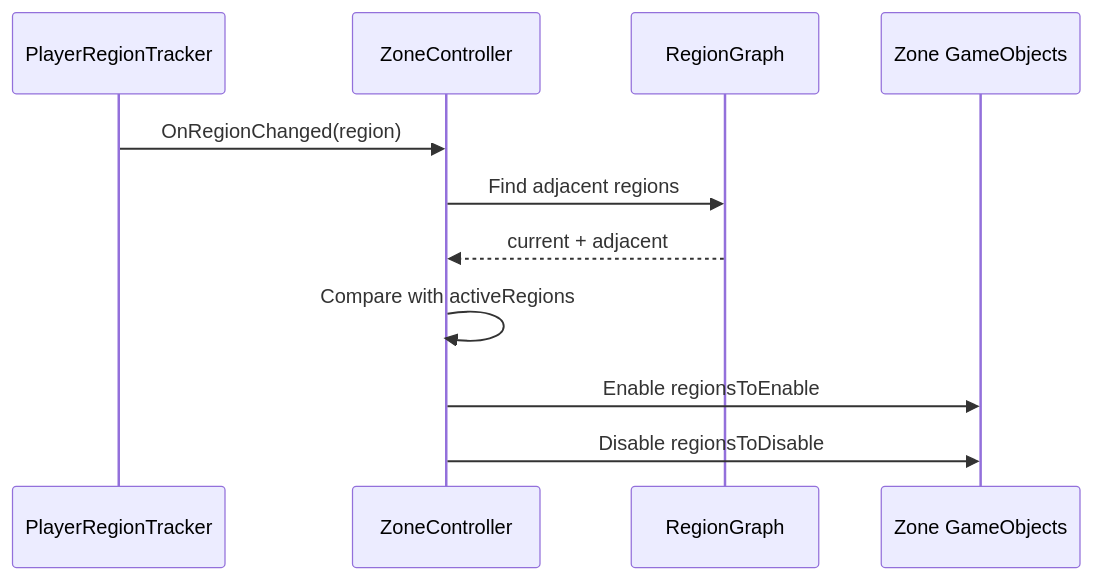
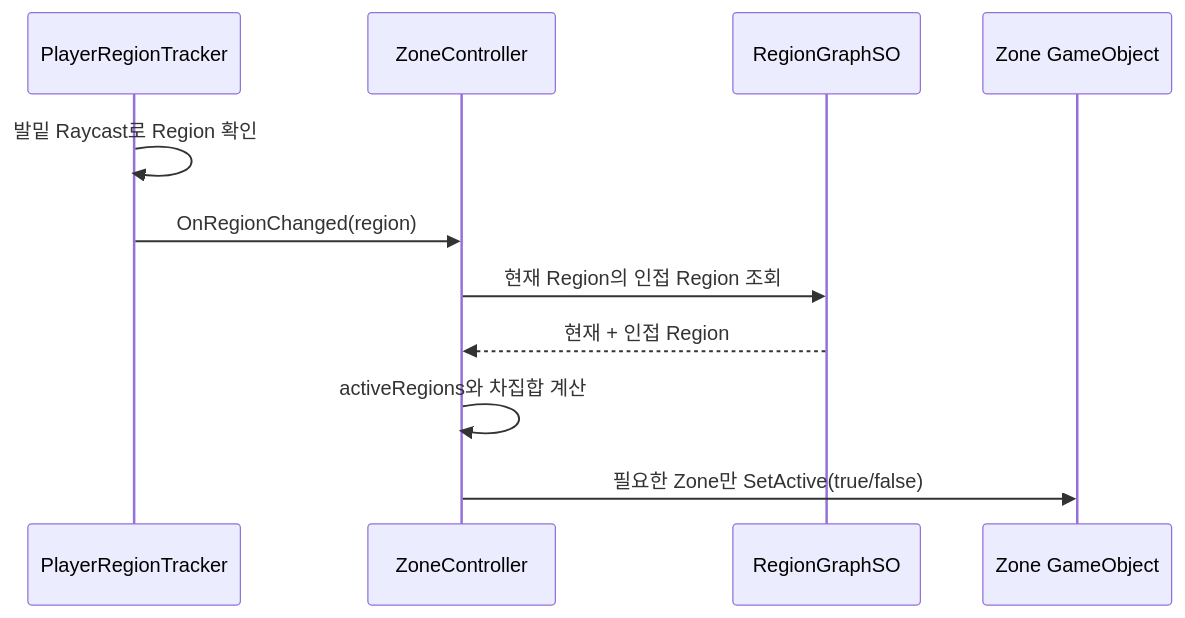
One commit to SJ97p/EscapeFromEternalReturn-CodeMap changed the diagram in docs/systems/zone-culling.md. Above: the diagram before and after it, drawn with Mermaid. The commit also changed other lines of this file and 4 other files, not shown here.

````diff
--- a/docs/systems/zone-culling.md
+++ b/docs/systems/zone-culling.md
@@ -13,14 +15,14 @@
 ```mermaid
 sequenceDiagram
     participant Player as PlayerRegionTracker
     participant Controller as ZoneController
-    participant Graph as RegionGraph
-    participant Zone as Zone GameObjects
+    participant Graph as RegionGraphSO
+    participant Zone as Zone GameObject
 
+    Player->>Player: 발밑 Raycast로 Region 확인
     Player->>Controller: OnRegionChanged(region)
-    Controller->>Graph: Find adjacent regions
-    Graph-->>Controller: current + adjacent
-    Controller->>Controller: Compare with activeRegions
-    Controller->>Zone: Enable regionsToEnable
-    Controller->>Zone: Disable regionsToDisable
+    Controller->>Graph: 현재 Region의 인접 Region 조회
+    Graph-->>Controller: 현재 + 인접 Region
+    Controller->>Controller: activeRegions와 차집합 계산
+    Controller->>Zone: 필요한 Zone만 SetActive(true/false)
 ```
````
